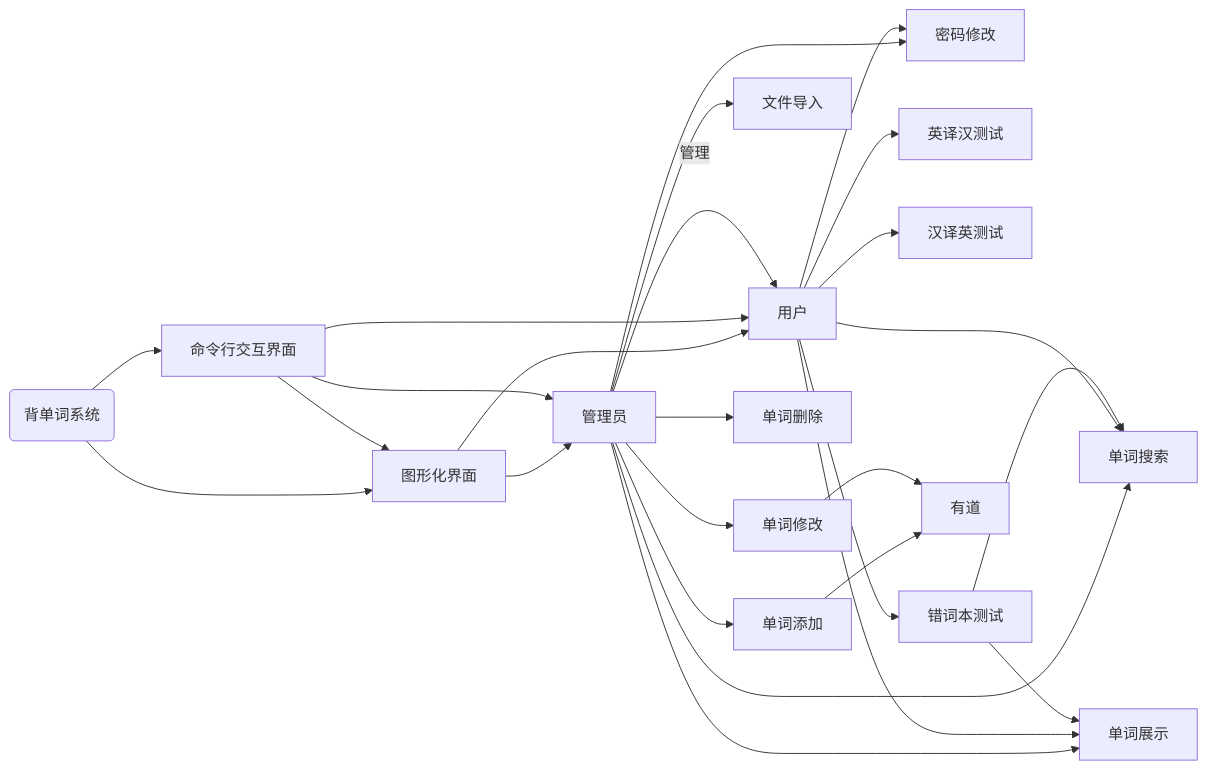
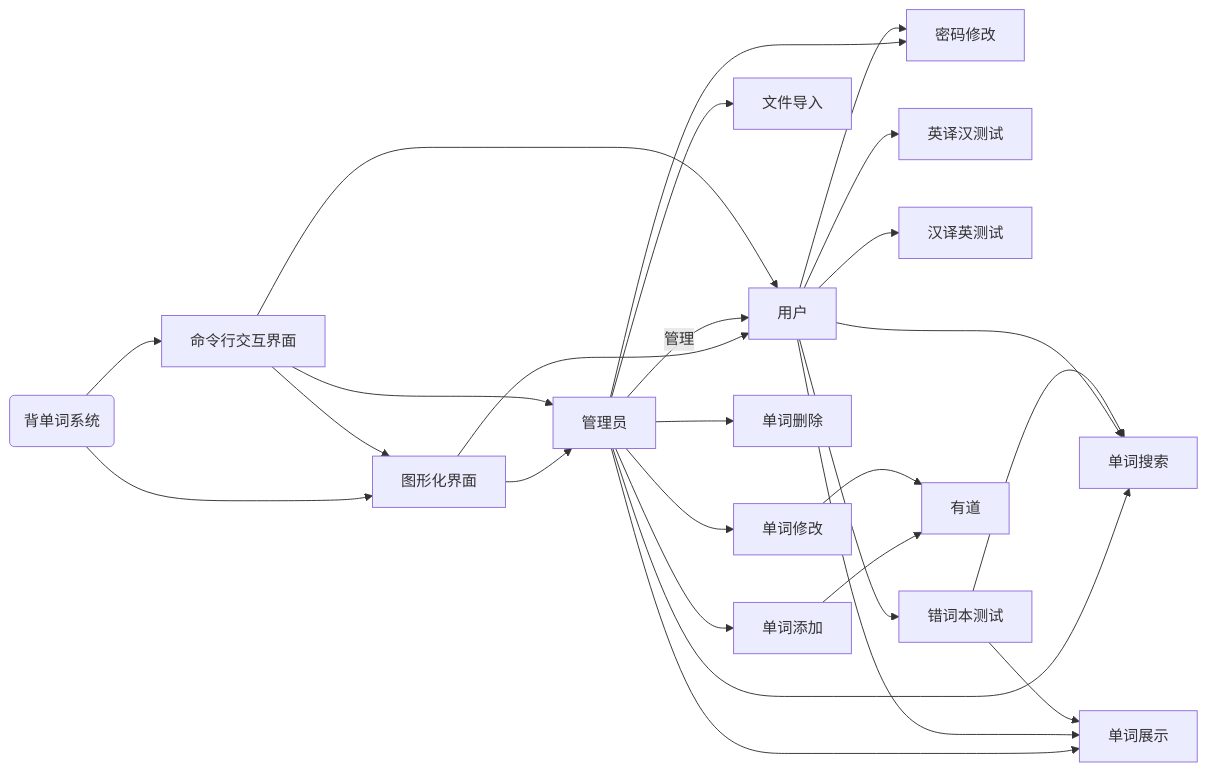
One commit to involution-base-of-njupt/everyday-vocabulary changed the diagram in README.md. Above: the diagram before and after it, drawn with Mermaid.

````diff
--- a/README.md
+++ b/README.md
@@ -5,34 +5,34 @@
 ```mermaid
 graph LR
 
 Sys(背单词系统) --> gui[图形化界面]
 Sys --> cli[命令行交互界面]
 cli --> gui
 gui --> Admin[管理员]
 gui --> User[用户]
+Admin --管理--> User[用户]
 cli --> Admin[管理员]
 cli --> User[用户]
 
-Admin --管理--> User
 Admin --> 文件导入
 Admin --> 单词添加
 Admin --> 单词删除
 Admin --> 单词修改
 Admin --> 单词搜索
 Admin --> 单词展示
 
 Admin --> 密码修改
 User --> 密码修改
 
 User --> 单词搜索
 User --> 单词展示
 User --> 英译汉测试
 User --> 汉译英测试
 User --> 错词本测试
 
 错词本测试 --> 单词搜索
 错词本测试 --> 单词展示
 
 单词添加 --> 有道
 单词修改 --> 有道
 ```
````
